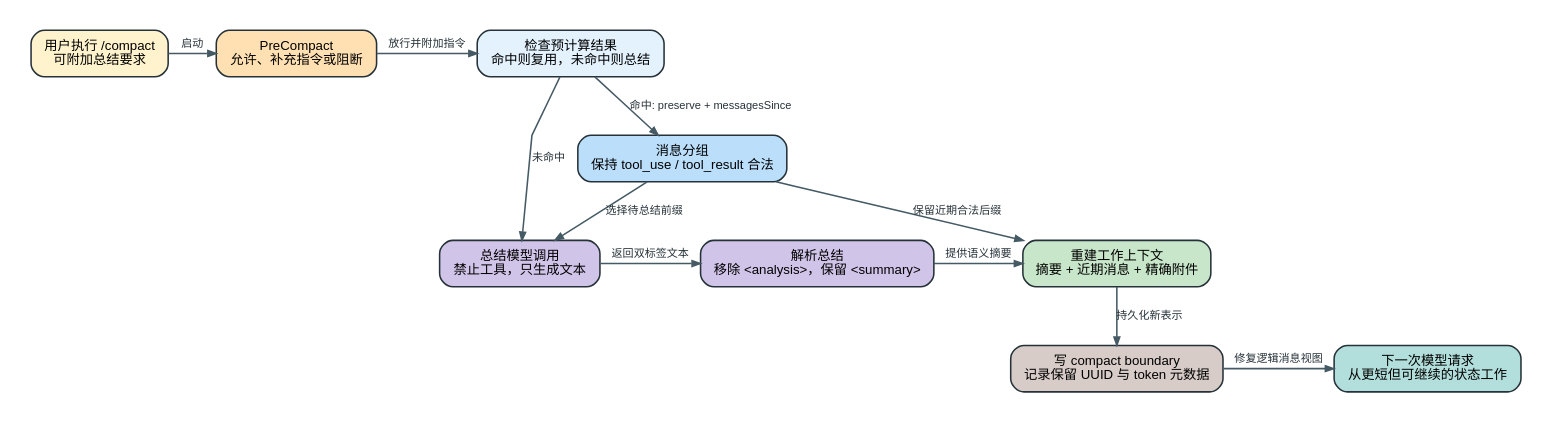
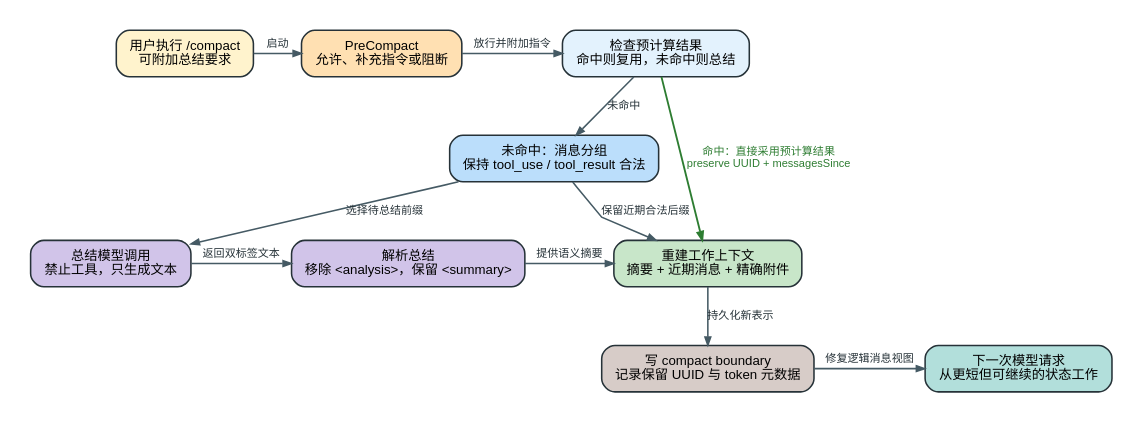
The diagram in analysis/visuals/compact-lifecycle.dot (SwallOwDili/claudecodecli-sourcecode), drawn with Graphviz before and after one commit. The commit also changed 23 other files, not shown here.

```diff
--- a/analysis/visuals/compact-lifecycle.dot
+++ b/analysis/visuals/compact-lifecycle.dot
@@ -1,53 +1,53 @@
 digraph compact_lifecycle {
   graph [
     rankdir=TB,
     bgcolor="#ffffff",
     pad="0.28",
     nodesep="0.30",
     ranksep="0.58",
     splines=polyline,
     fontname="Arial, PingFang SC, Microsoft YaHei"
   ];
   node [
     shape=box,
     style="rounded,filled",
     color="#263238",
     penwidth=1.4,
     margin="0.16,0.11",
     fontname="Arial, PingFang SC, Microsoft YaHei",
     fontsize=12
   ];
   edge [
     color="#455a64",
     penwidth=1.4,
     arrowsize=0.75,
     fontname="Arial, PingFang SC, Microsoft YaHei",
     fontsize=10,
     fontcolor="#263238"
   ];
 
   trigger [label="用户执行 /compact\n可附加总结要求", fillcolor="#fff3cd"];
   prehook [label="PreCompact\n允许、补充指令或阻断", fillcolor="#ffe0b2"];
   mode [label="检查预计算结果\n命中则复用，未命中则总结", fillcolor="#e3f2fd"];
-  groups [label="消息分组\n保持 tool_use / tool_result 合法", fillcolor="#bbdefb"];
+  groups [label="未命中：消息分组\n保持 tool_use / tool_result 合法", fillcolor="#bbdefb"];
   summarize [label="总结模型调用\n禁止工具，只生成文本", fillcolor="#d1c4e9"];
   parse [label="解析总结\n移除 <analysis>，保留 <summary>", fillcolor="#d1c4e9"];
   rebuild [label="重建工作上下文\n摘要 + 近期消息 + 精确附件", fillcolor="#c8e6c9"];
   boundary [label="写 compact boundary\n记录保留 UUID 与 token 元数据", fillcolor="#d7ccc8"];
   next [label="下一次模型请求\n从更短但可继续的状态工作", fillcolor="#b2dfdb"];
 
   { rank=same; trigger; prehook; mode; }
   { rank=same; summarize; parse; rebuild; }
   { rank=same; boundary; next; }
 
   trigger -> prehook [label="启动"];
   prehook -> mode [label="放行并附加指令"];
-  mode -> summarize [label="未命中"];
-  mode -> groups [label="命中: preserve + messagesSince"];
+  mode -> rebuild [label="命中：直接采用预计算结果\npreserve UUID + messagesSince", color="#2e7d32", fontcolor="#2e7d32", penwidth=1.7];
+  mode -> groups [label="未命中"];
   groups -> summarize [label="选择待总结前缀"];
   summarize -> parse [label="返回双标签文本"];
   parse -> rebuild [label="提供语义摘要"];
   groups -> rebuild [label="保留近期合法后缀"];
   rebuild -> boundary [label="持久化新表示"];
   boundary -> next [label="修复逻辑消息视图"];
 }
```
